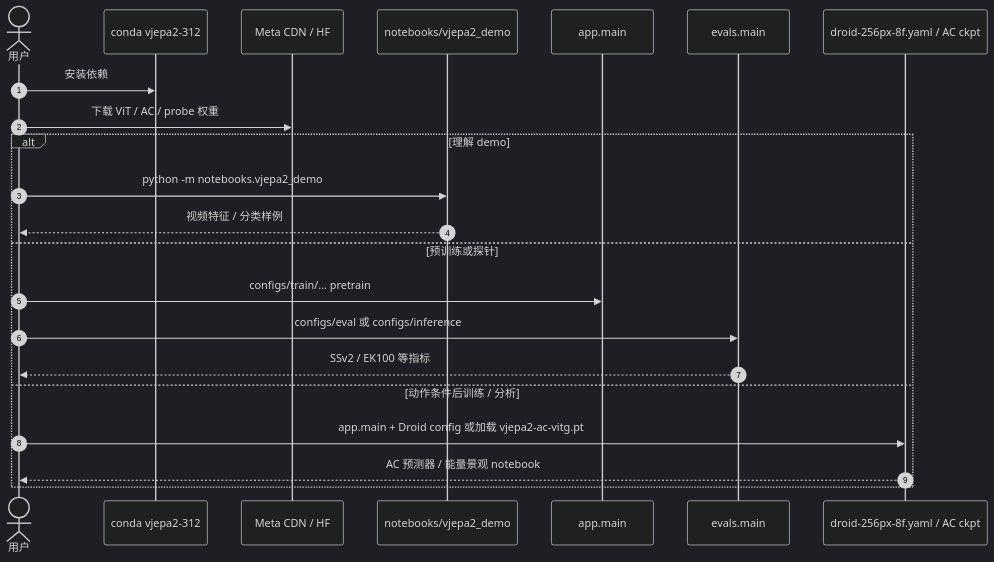
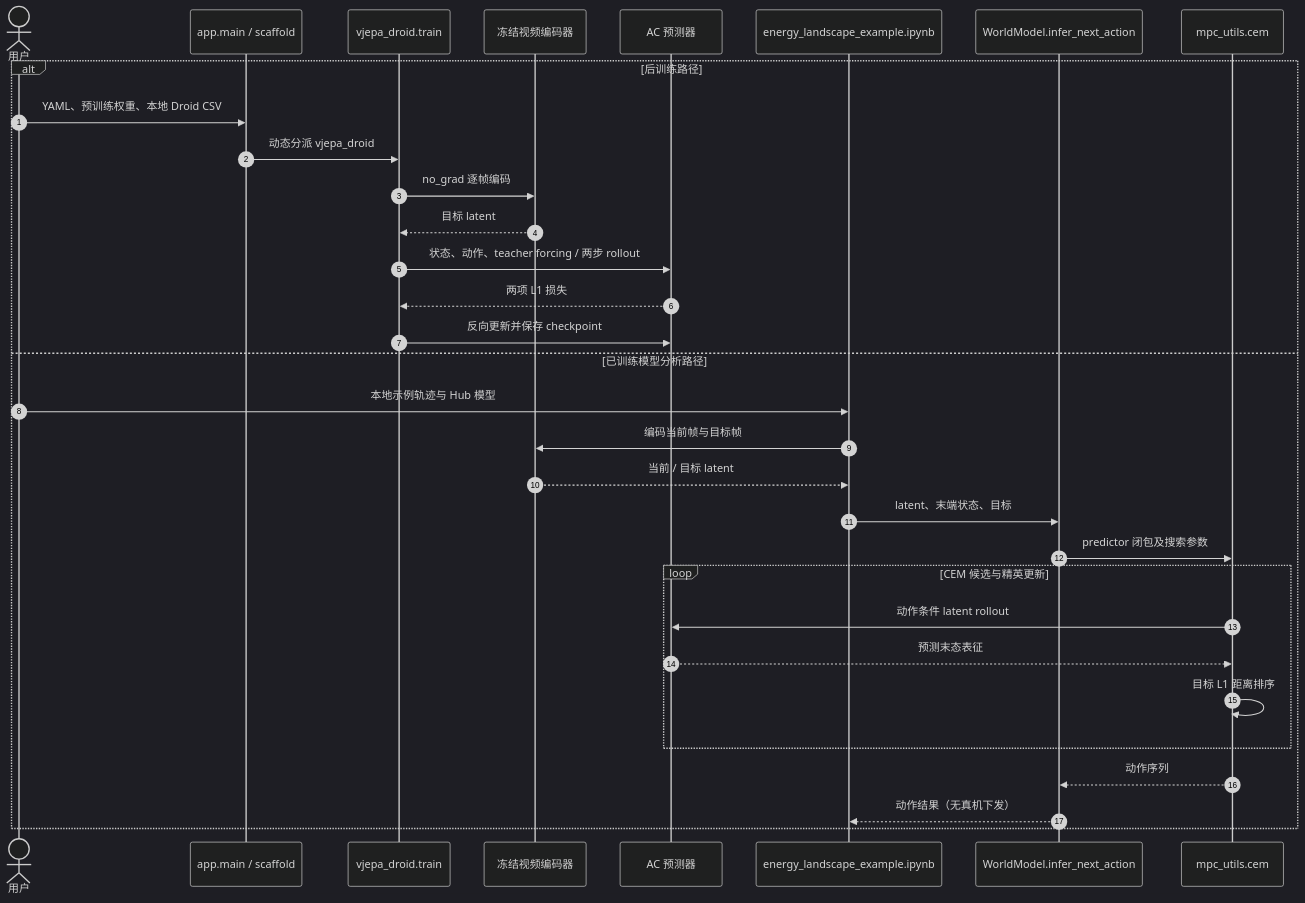
One commit to ImChong/Robotics_Notebooks changed the second of 2 diagrams in wiki/entities/paper-vjepa2.md. Above: the diagram before and after it, drawn with Mermaid (dark theme). The commit also changed other lines of this file and 49 other files, not shown here.

````diff
--- a/wiki/entities/paper-vjepa2.md
+++ b/wiki/entities/paper-vjepa2.md
@@ -138,24 +143,34 @@
 ```mermaid
 sequenceDiagram
     autonumber
     actor U as 用户
-    participant ENV as conda vjepa2-312
-    participant CKPT as Meta CDN / HF
-    participant DEMO as notebooks/vjepa2_demo
-    participant APP as app.main
-    participant EVAL as evals.main
-    participant AC as droid-256px-8f.yaml / AC ckpt
-    U->>ENV: 安装依赖
-    U->>CKPT: 下载 ViT / AC / probe 权重
-    alt 理解 demo
-        U->>DEMO: python -m notebooks.vjepa2_demo
-        DEMO-->>U: 视频特征 / 分类样例
-    else 预训练或探针
-        U->>APP: configs/train/... pretrain
-        U->>EVAL: configs/eval 或 configs/inference
-        EVAL-->>U: SSv2 / EK100 等指标
-    else 动作条件后训练 / 分析
-        U->>AC: app.main + Droid config 或加载 vjepa2-ac-vitg.pt
-        AC-->>U: AC 预测器 / 能量景观 notebook
+    participant APP as app.main / scaffold
+    participant TRAIN as vjepa_droid.train
+    participant ENC as 冻结视频编码器
+    participant PRED as AC 预测器
+    participant NB as energy_landscape_example.ipynb
+    participant WM as WorldModel.infer_next_action
+    participant CEM as mpc_utils.cem
+    alt 后训练路径
+        U->>APP: YAML、预训练权重、本地 Droid CSV
+        APP->>TRAIN: 动态分派 vjepa_droid
+        TRAIN->>ENC: no_grad 逐帧编码
+        ENC-->>TRAIN: 目标 latent
+        TRAIN->>PRED: 状态、动作、teacher forcing / 两步 rollout
+        PRED-->>TRAIN: 两项 L1 损失
+        TRAIN->>PRED: 反向更新并保存 checkpoint
+    else 已训练模型分析路径
+        U->>NB: 本地示例轨迹与 Hub 模型
+        NB->>ENC: 编码当前帧与目标帧
+        ENC-->>NB: 当前 / 目标 latent
+        NB->>WM: latent、末端状态、目标
+        WM->>CEM: predictor 闭包及搜索参数
+        loop CEM 候选与精英更新
+            CEM->>PRED: 动作条件 latent rollout
+            PRED-->>CEM: 预测末态表征
+            CEM->>CEM: 目标 L1 距离排序
+        end
+        CEM-->>WM: 动作序列
+        WM-->>NB: 动作结果（无真机下发）
     end
 ```
````
